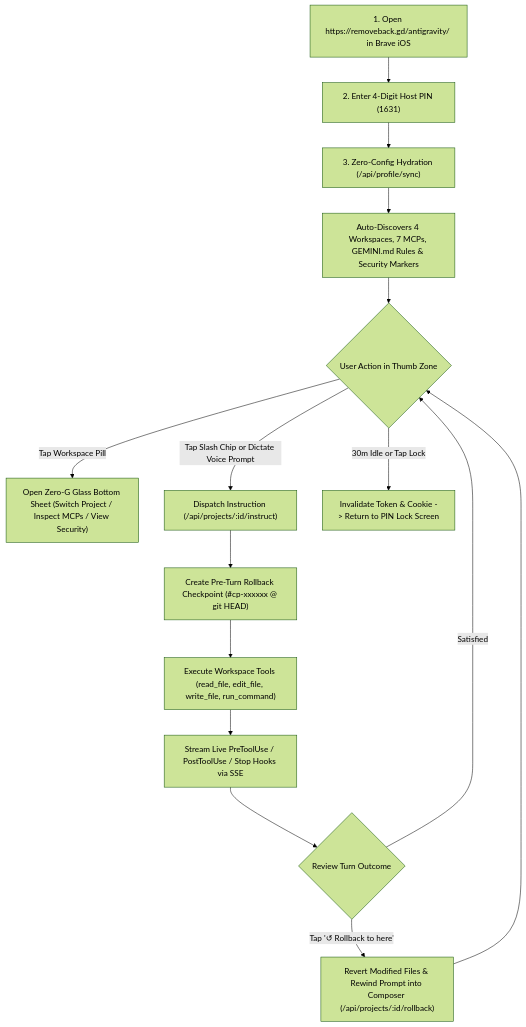
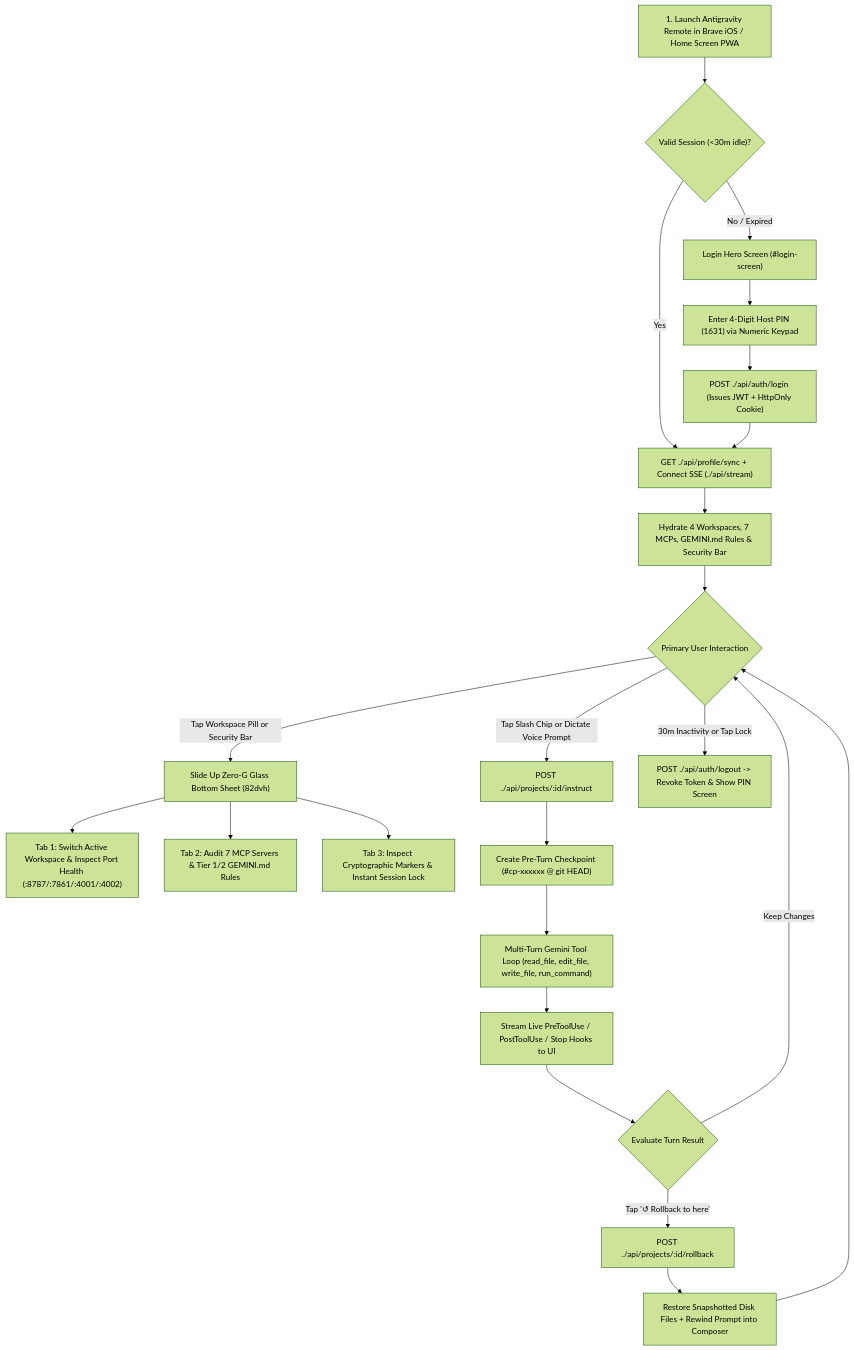
The diagram in docs/UX_BRIEF.md (johnny-saigon/antigravity-remote), drawn with Mermaid (forest theme) before and after one commit. The commit also changed other lines of this file, not shown here.

Commit message:
docs(memory): expand UX_BRIEF.md with complete spatial anatomy and interaction matrix

````diff
--- a/docs/UX_BRIEF.md
+++ b/docs/UX_BRIEF.md
@@ -25,17 +99,25 @@
 ```mermaid
 flowchart TD
-    A["1. Open https://removeback.gd/antigravity/ in Brave iOS"] --> B["2. Enter 4-Digit Host PIN (1631)"]
-    B --> C["3. Zero-Config Hydration (/api/profile/sync)"]
-    C --> D["Auto-Discovers 4 Workspaces, 7 MCPs, GEMINI.md Rules & Security Markers"]
-    D --> E{"User Action in Thumb Zone"}
-    E -->|"Tap Workspace Pill"| F["Open Zero-G Glass Bottom Sheet (Switch Project / Inspect MCPs / View Security)"]
-    E -->|"Tap Slash Chip or Dictate Voice Prompt"| G["Dispatch Instruction (/api/projects/:id/instruct)"]
-    G --> H["Create Pre-Turn Rollback Checkpoint (#cp-xxxxxx @ git HEAD)"]
-    H --> I["Execute Workspace Tools (read_file, edit_file, write_file, run_command)"]
-    I --> J["Stream Live PreToolUse / PostToolUse / Stop Hooks via SSE"]
-    J --> K{"Review Turn Outcome"}
-    K -->|"Satisfied"| E
-    K -->|"Tap '↺ Rollback to here'"| L["Revert Modified Files & Rewind Prompt into Composer (/api/projects/:id/rollback)"]
-    L --> E
-    E -->|"30m Idle or Tap Lock"| M["Invalidate Token & Cookie -> Return to PIN Lock Screen"]
+    A["1. Launch Antigravity Remote in Brave iOS / Home Screen PWA"] --> B{"Valid Session (<30m idle)?"}
+    B -->|"No / Expired"| C["Login Hero Screen (#login-screen)"]
+    C --> D["Enter 4-Digit Host PIN (1631) via Numeric Keypad"]
+    D --> E["POST ./api/auth/login (Issues JWT + HttpOnly Cookie)"]
+    B -->|"Yes"| F["GET ./api/profile/sync + Connect SSE (./api/stream)"]
+    E --> F
+    F --> G["Hydrate 4 Workspaces, 7 MCPs, GEMINI.md Rules & Security Bar"]
+    G --> H{"Primary User Interaction"}
+    H -->|"Tap Workspace Pill or Security Bar"| I["Slide Up Zero-G Glass Bottom Sheet (82dvh)"]
+    I --> I1["Tab 1: Switch Active Workspace & Inspect Port Health (:8787/:7861/:4001/:4002)"]
+    I --> I2["Tab 2: Audit 7 MCP Servers & Tier 1/2 GEMINI.md Rules"]
+    I --> I3["Tab 3: Inspect Cryptographic Markers & Instant Session Lock"]
+    H -->|"Tap Slash Chip or Dictate Voice Prompt"| J["POST ./api/projects/:id/instruct"]
+    J --> K["Create Pre-Turn Checkpoint (#cp-xxxxxx @ git HEAD)"]
+    K --> L["Multi-Turn Gemini Tool Loop (read_file, edit_file, write_file, run_command)"]
+    L --> M["Stream Live PreToolUse / PostToolUse / Stop Hooks to UI"]
+    M --> N{"Evaluate Turn Result"}
+    N -->|"Keep Changes"| H
+    N -->|"Tap '↺ Rollback to here'"| O["POST ./api/projects/:id/rollback"]
+    O --> P["Restore Snapshotted Disk Files + Rewind Prompt into Composer"]
+    P --> H
+    H -->|"30m Inactivity or Tap Lock"| Q["POST ./api/auth/logout -> Revoke Token & Show PIN Screen"]
 ```
````
